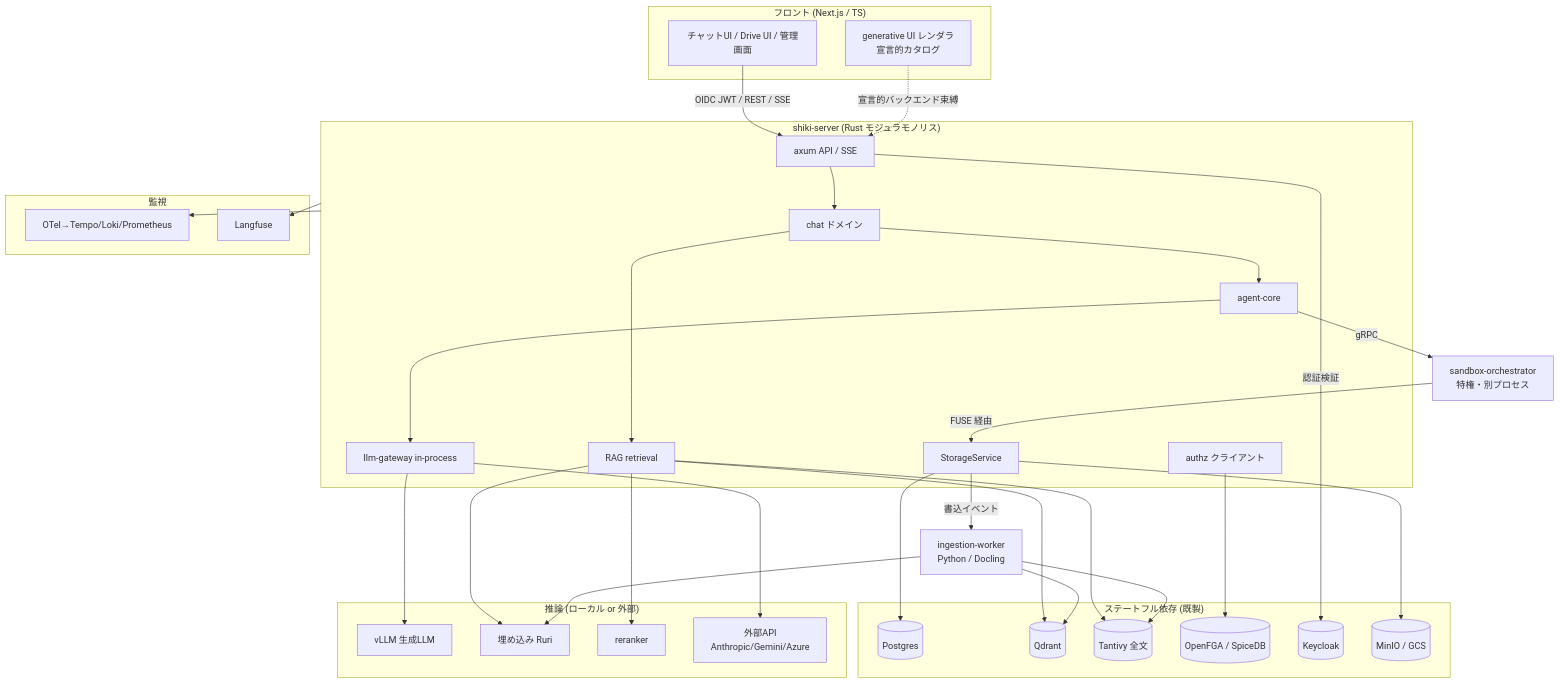
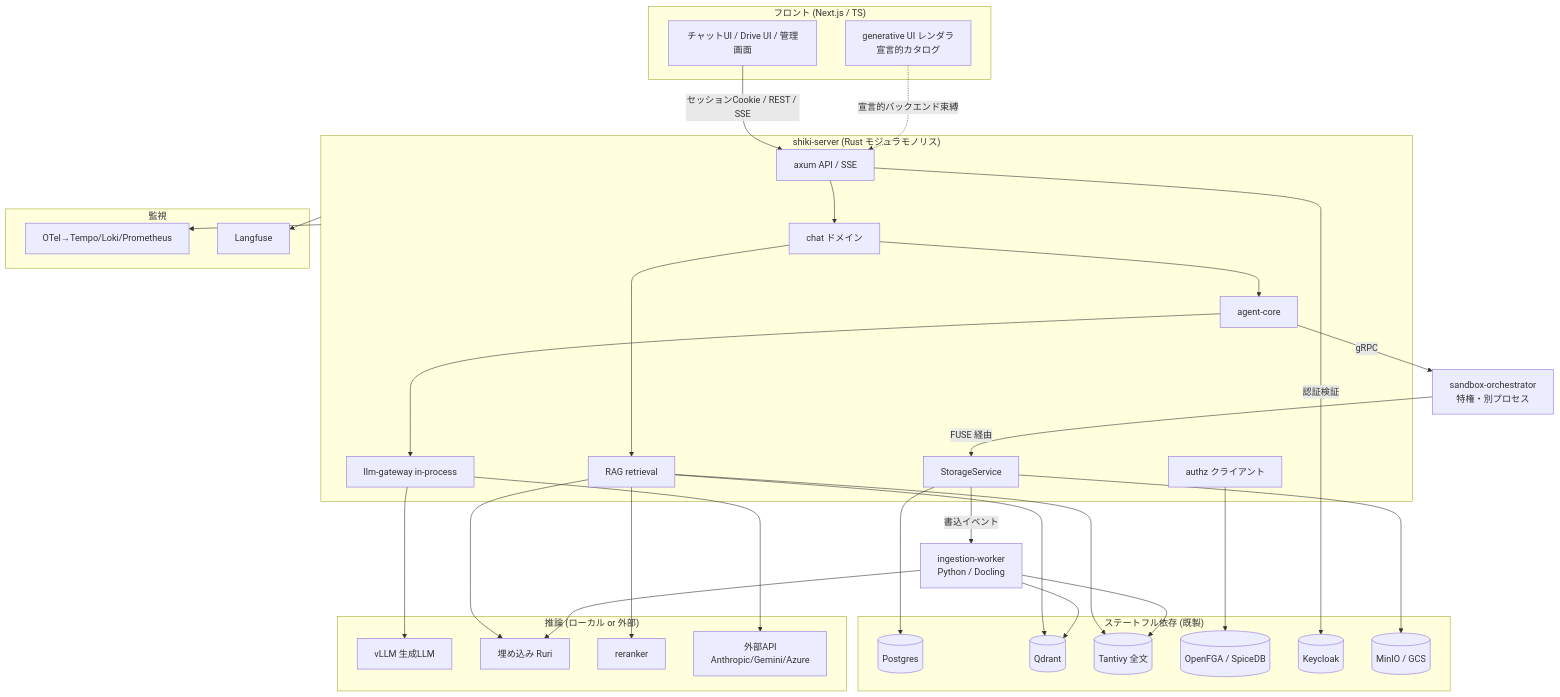
Before and after one commit to imanect-labs/shiki-platform: the first of 8 diagrams in docs/design.md, drawn with Mermaid. The commit also changed other lines of this file and 2 other files, not shown here.

````diff
--- a/docs/design.md
+++ b/docs/design.md
@@ -18,56 +18,56 @@
 ```mermaid
 flowchart TB
   subgraph Client["フロント (Next.js / TS)"]
     UI[チャットUI / Drive UI / 管理画面]
     GUI[generative UI レンダラ<br/>宣言的カタログ]
   end
 
   subgraph Server["shiki-server (Rust モジュラモノリス)"]
     API[axum API / SSE]
     CHAT[chat ドメイン]
     AGENT[agent-core]
     GW[llm-gateway in-process]
     STORE[StorageService]
     RAG[RAG retrieval]
     AUTHZc[authz クライアント]
   end
 
   ORCH[sandbox-orchestrator<br/>特権・別プロセス]
   INGEST[ingestion-worker<br/>Python / Docling]
 
   subgraph Infra["ステートフル依存 (既製)"]
     PG[(Postgres)]
     QD[(Qdrant)]
     TV[(Tantivy 全文)]
     FGA[(OpenFGA / SpiceDB)]
     KC[(Keycloak)]
     OBJ[(MinIO / GCS)]
   end
 
   subgraph Infer["推論 (ローカル or 外部)"]
     VLLM[vLLM 生成LLM]
     EMB[埋め込み Ruri]
     RR[reranker]
     EXT[外部API<br/>Anthropic/Gemini/Azure]
   end
 
   subgraph Obs["監視"]
     OTEL[OTel→Tempo/Loki/Prometheus]
     LF[Langfuse]
   end
 
-  UI -->|OIDC JWT / REST / SSE| API
+  UI -->|セッションCookie / REST / SSE| API
   GUI -. 宣言的バックエンド束縛 .-> API
   API --> CHAT --> AGENT --> GW
   GW --> VLLM & EXT
   RAG --> QD & TV & RR & EMB
   CHAT --> RAG
   AGENT -->|gRPC| ORCH
   ORCH -->|FUSE 経由| STORE
   STORE --> OBJ & PG
   STORE -->|書込イベント| INGEST
   INGEST --> QD & TV & EMB
   AUTHZc --> FGA
   API -->|認証検証| KC
   Server --> OTEL & LF
 ```
````
